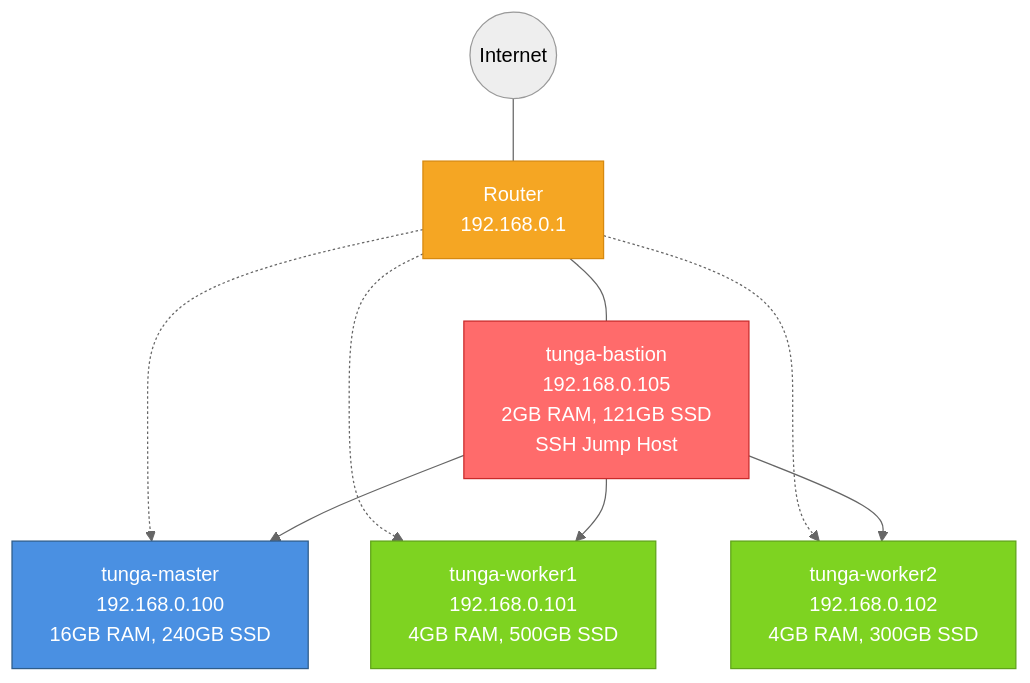
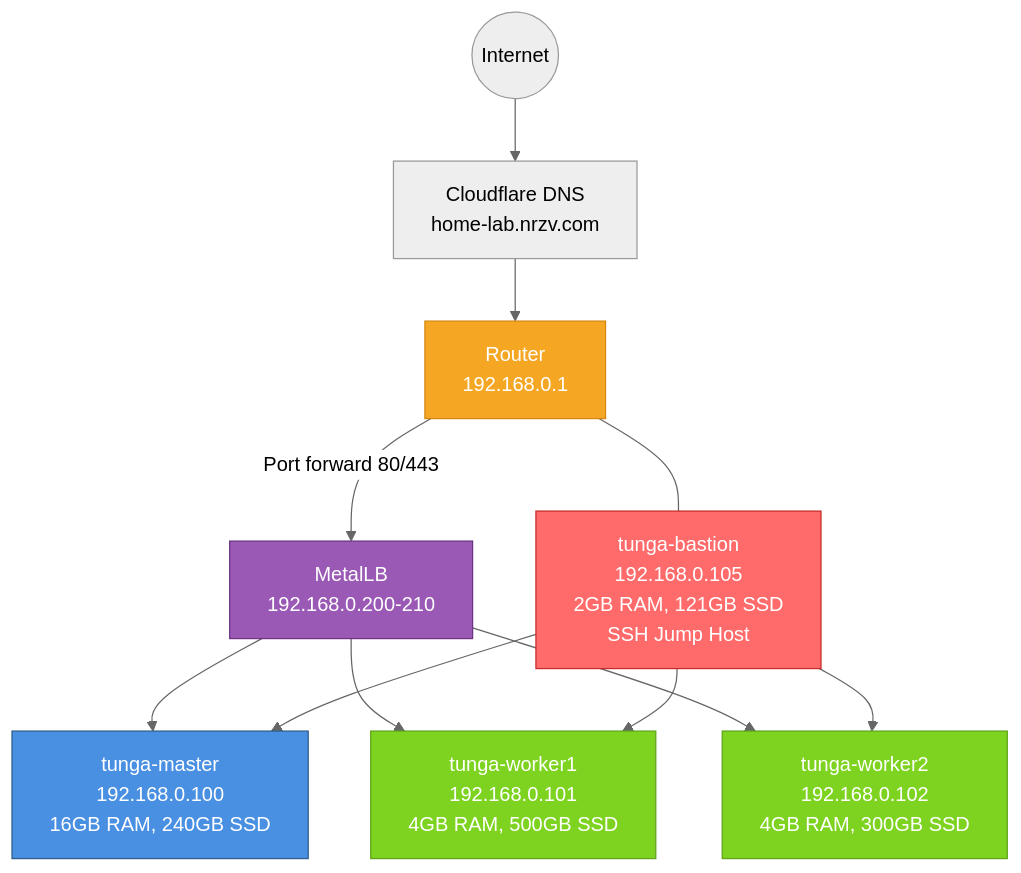
Before and after one commit to mesuttunga/Infra-Lab: the first of 3 diagrams in docs/architecture.md, drawn with Mermaid (neutral theme). The commit also changed other lines of this file and 5 other files, not shown here.

````diff
--- a/docs/architecture.md
+++ b/docs/architecture.md
@@ -4,25 +5,30 @@
 ```mermaid
 graph TB
     Internet((Internet))
+    Cloudflare[Cloudflare DNS<br/>home-lab.nrzv.com]
     Router[Router<br/>192.168.0.1]
     Bastion[tunga-bastion<br/>192.168.0.105<br/>2GB RAM, 121GB SSD<br/>SSH Jump Host]
     Master[tunga-master<br/>192.168.0.100<br/>16GB RAM, 240GB SSD]
     W1[tunga-worker1<br/>192.168.0.101<br/>4GB RAM, 500GB SSD]
     W2[tunga-worker2<br/>192.168.0.102<br/>4GB RAM, 300GB SSD]
-    
-    Internet --- Router
+    MetalLB[MetalLB<br/>192.168.0.200-210]
+
+    Internet --> Cloudflare
+    Cloudflare --> Router
+    Router -->|Port forward 80/443| MetalLB
+    MetalLB --> Master
+    MetalLB --> W1
+    MetalLB --> W2
+
     Router --- Bastion
-    Router -.-> Master
-    Router -.-> W1
-    Router -.-> W2
-    
     Bastion --> Master
     Bastion --> W1
     Bastion --> W2
-    
+
     style Bastion fill:#ff6b6b,stroke:#c92a2a,color:#fff
     style Master fill:#4a90e2,stroke:#2e5c8a,color:#fff
     style W1 fill:#7ed321,stroke:#5fa319,color:#fff
     style W2 fill:#7ed321,stroke:#5fa319,color:#fff
     style Router fill:#f5a623,stroke:#d68910,color:#fff
+    style MetalLB fill:#9b59b6,stroke:#6c3483,color:#fff
 ```
````
